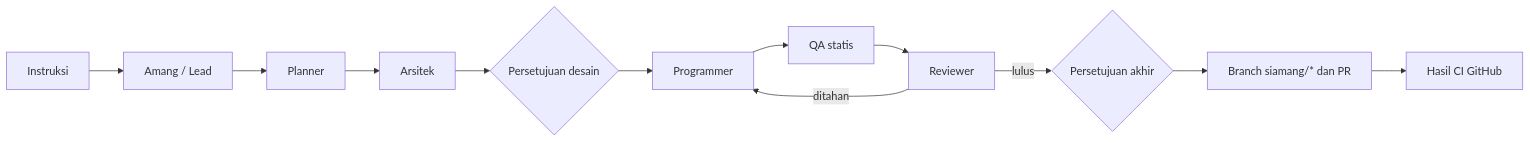
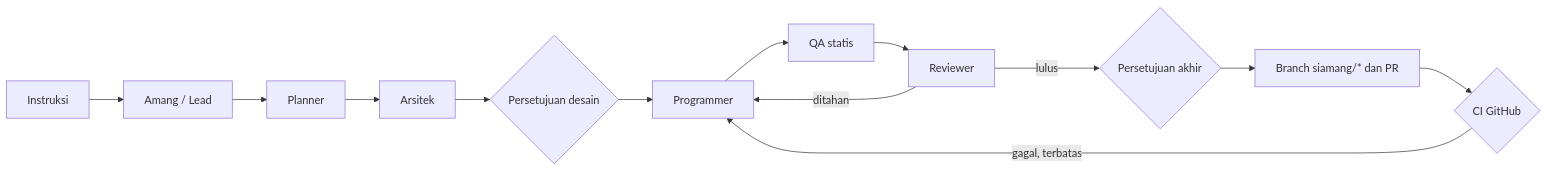
Before and after one commit to Rafie93/siamang-ai: the diagram in README.md, drawn with Mermaid. The commit also changed other lines of this file and 13 other files, not shown here.

````diff
--- a/README.md
+++ b/README.md
@@ -30,12 +31,13 @@
 ```mermaid
 flowchart LR
   T[Instruksi] --> L[Amang / Lead]
   L --> P[Planner] --> A[Arsitek]
   A --> G1{Persetujuan desain}
   G1 --> C[Programmer]
   C --> Q[QA statis] --> R[Reviewer]
   R -->|ditahan| C
   R -->|lulus| G2{Persetujuan akhir}
   G2 --> PR[Branch siamang/* dan PR]
-  PR --> CI[Hasil CI GitHub]
+  PR --> CI{CI GitHub}
+  CI -->|gagal, terbatas| C
 ```
````
